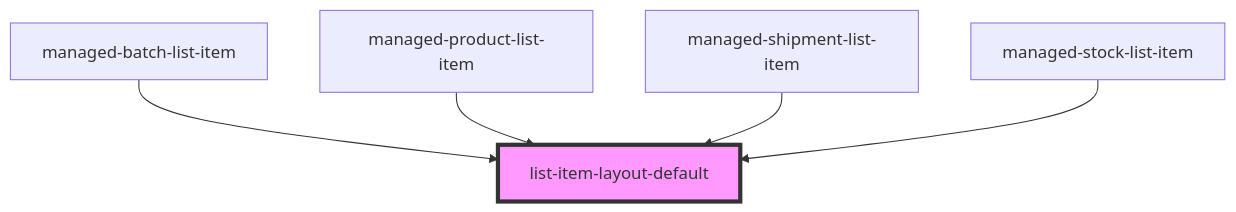
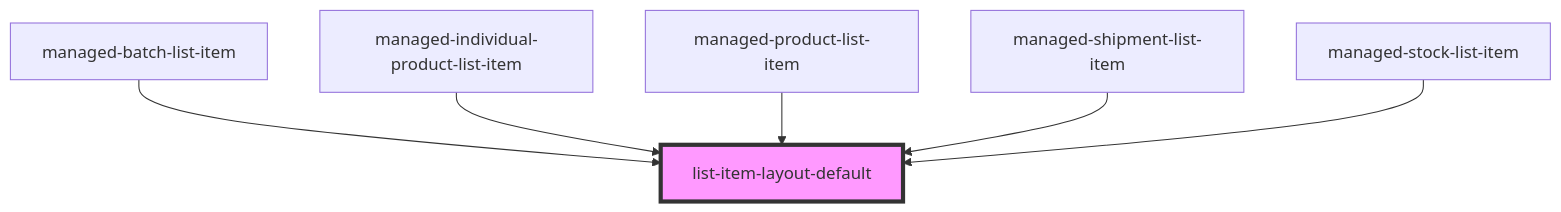
One commit to PharmaLedger-IMI/fgt-workspace changed the diagram in pdm-web-components/src/components/list-item-layout-default/readme.md. Above: the diagram before and after it, drawn with Mermaid. The commit also changed other lines of this file and 6 other files, not shown here.

````diff
--- a/pdm-web-components/src/components/list-item-layout-default/readme.md
+++ b/pdm-web-components/src/components/list-item-layout-default/readme.md
@@ -29,8 +30,9 @@
 ```mermaid
 graph TD;
   managed-batch-list-item --> list-item-layout-default
+  managed-individual-product-list-item --> list-item-layout-default
   managed-product-list-item --> list-item-layout-default
   managed-shipment-list-item --> list-item-layout-default
   managed-stock-list-item --> list-item-layout-default
   style list-item-layout-default fill:#f9f,stroke:#333,stroke-width:4px
 ```
````
